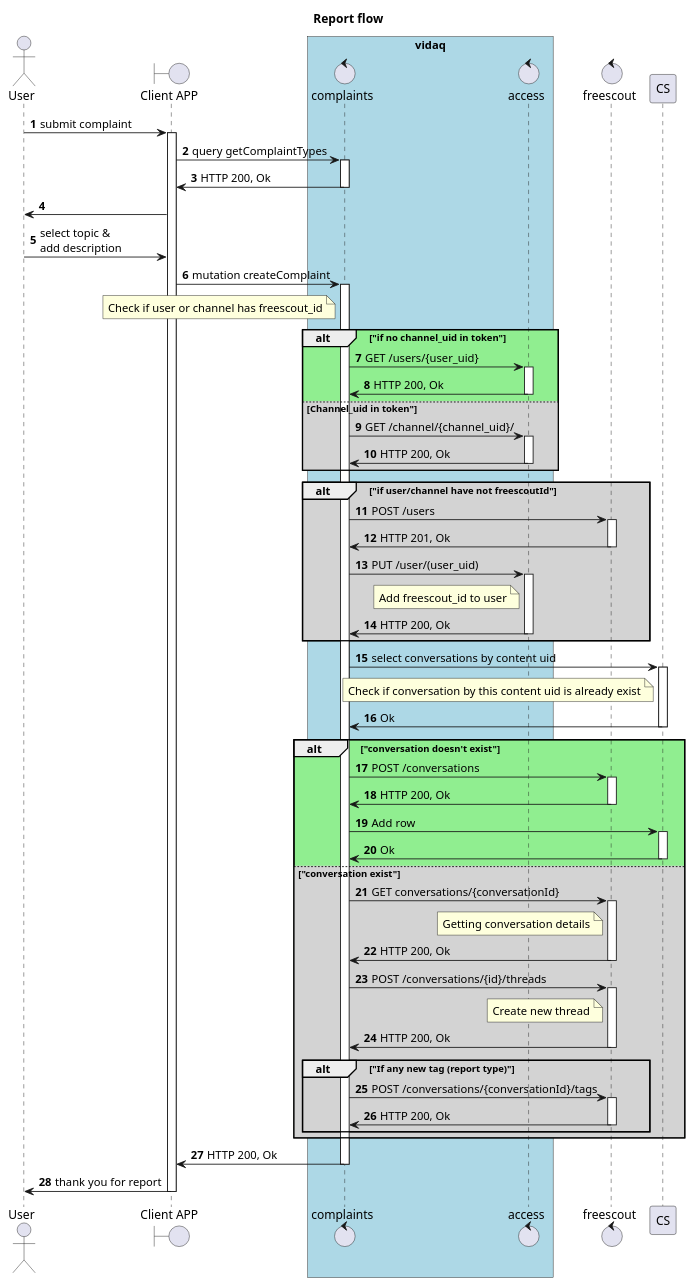
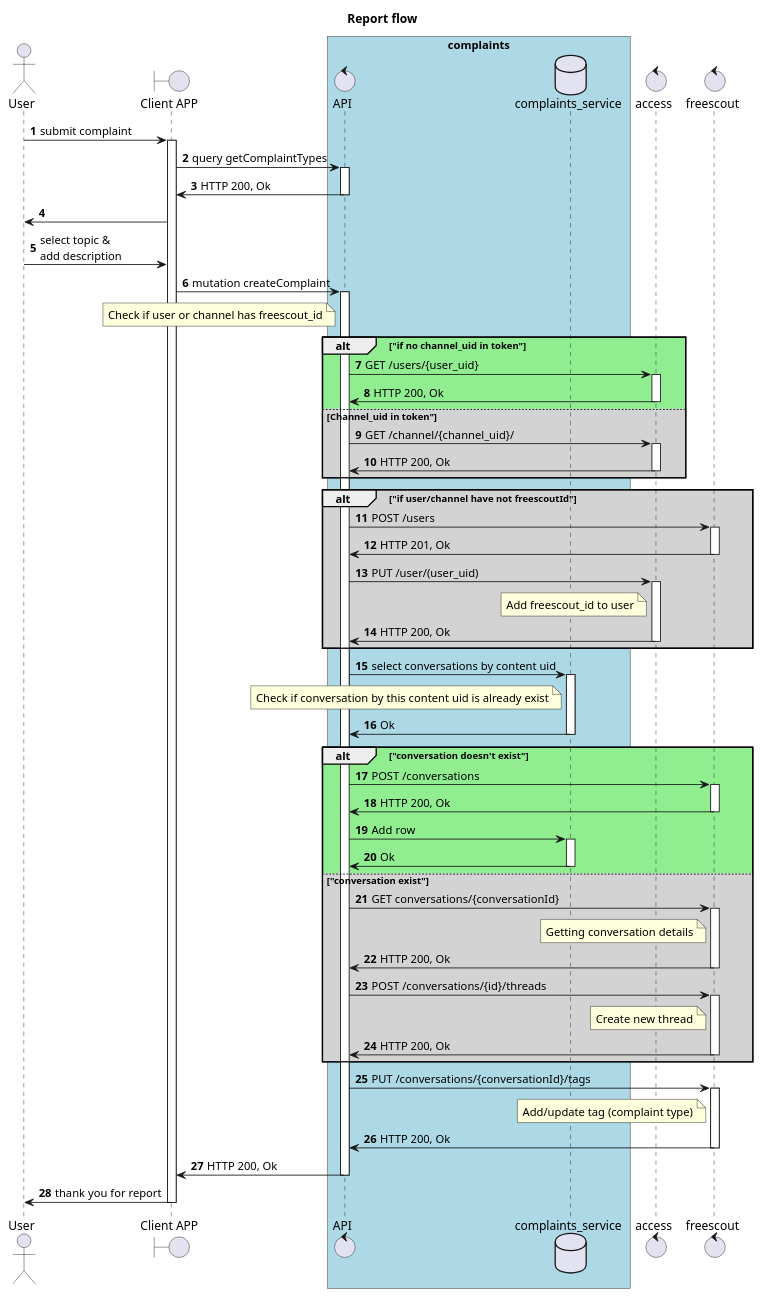
Before and after one commit to algruwork/work: the diagram in schemas/freescout.puml, drawn with PlantUML. The commit also changed 1 other file, not shown here.

Commit message:
create complaint flow (api) - add/update tags

```diff
--- a/schemas/freescout.puml
+++ b/schemas/freescout.puml
@@ -1,104 +1,107 @@
 @startuml
 
 title "Report flow"
 
 actor User as U
 boundary "Client APP" as GUI
-box "vidaq" #LightBlue
-control "complaints" as C
+box "complaints" #LightBlue
+control "API" as C
+database "complaints_service" as CS
+end box
 control "access" as A
-end box
 control "freescout" as F
 
 autonumber
 
 U -> GUI: submit complaint
 activate GUI
 GUI -> C: query getComplaintTypes
 activate C
 C -> GUI: HTTP 200, Ok
 deactivate C
 
 GUI -> U:
 U -> GUI: select topic & \nadd description
 
 GUI -> C: mutation createComplaint
 activate C
 note left C
 Check if user or channel has freescout_id
 end note
 alt #LightGreen "if no channel_uid in token"
 C -> A: GET /users/{user_uid}
 activate A
 A -> C: HTTP 200, Ok
 deactivate A
 else #LightGrey Channel_uid in token"
 C -> A: GET /channel/{channel_uid}/
 activate A
 A -> C: HTTP 200, Ok
 deactivate A
 end
 
 alt #LightGrey "if user/channel have not freescoutId"
 C -> F: POST /users
 activate F
 F -> C: HTTP 201, Ok
 deactivate F
 C -> A: PUT /user/(user_uid)
 activate A
 note left A
 Add freescout_id to user
 end note
 A -> C: HTTP 200, Ok
 deactivate A
 end
 
 C -> CS: select conversations by content uid
 activate CS
 note left CS
 Check if conversation by this content uid is already exist
 end note
 CS -> C: Ok
 deactivate CS
 
 
 
 alt #LightGreen "conversation doesn't exist"
 C -> F: POST /conversations
 activate F
 F -> C: HTTP 200, Ok
 deactivate F
 C -> CS: Add row
 activate CS
 CS -> C: Ok
 deactivate CS
+
 else #LightGrey "conversation exist"
 C -> F: GET conversations/{conversationId}
 activate F
 note left F
 Getting conversation details
 end note
 F -> C: HTTP 200, Ok
 deactivate F
 C -> F: POST /conversations/{id}/threads
 activate F
 note left F
 Create new thread
 end note
 F -> C: HTTP 200, Ok
 deactivate F
+end
 
-alt "If any new tag (report type)"
-C -> F: POST /conversations/{conversationId}/tags
+C -> F: PUT /conversations/{conversationId}/tags
 activate F
+note left F
+Add/update tag (complaint type)
+end note
 F -> C: HTTP 200, Ok
 deactivate F
-end
-end
 
 C -> GUI: HTTP 200, Ok
 deactivate C
 GUI -> U: thank you for report
 deactivate GUI
 
 @enduml
```
